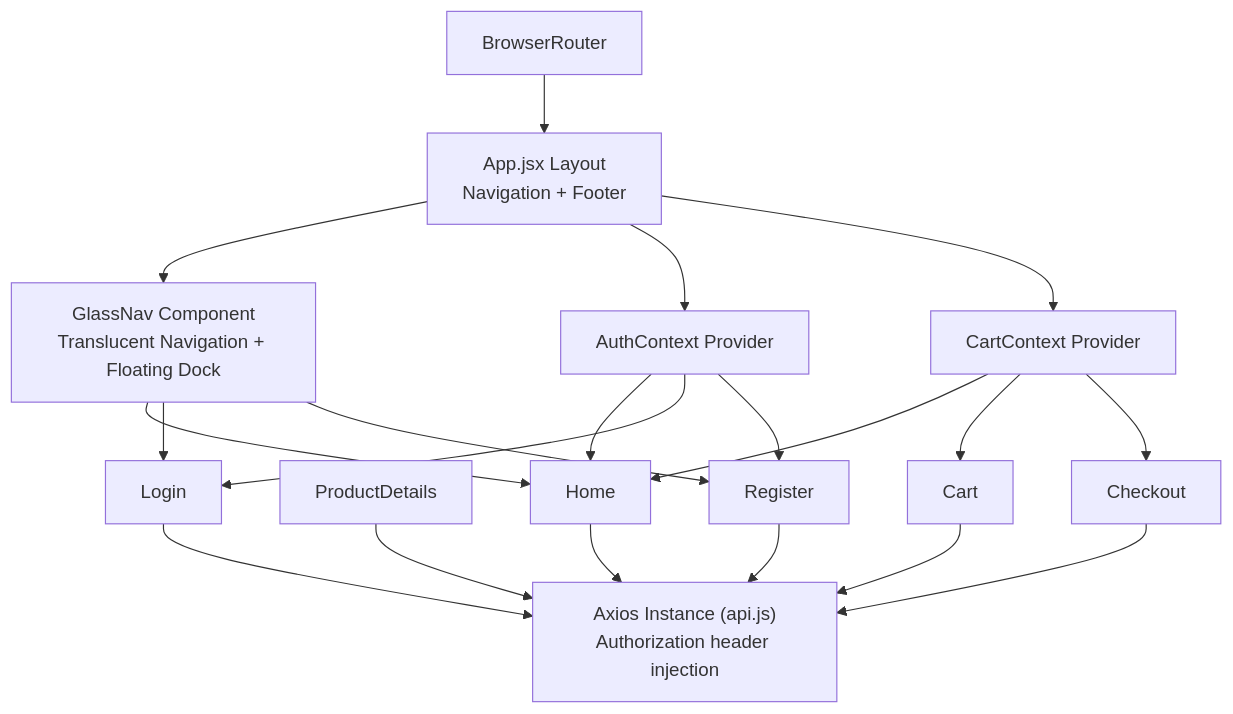
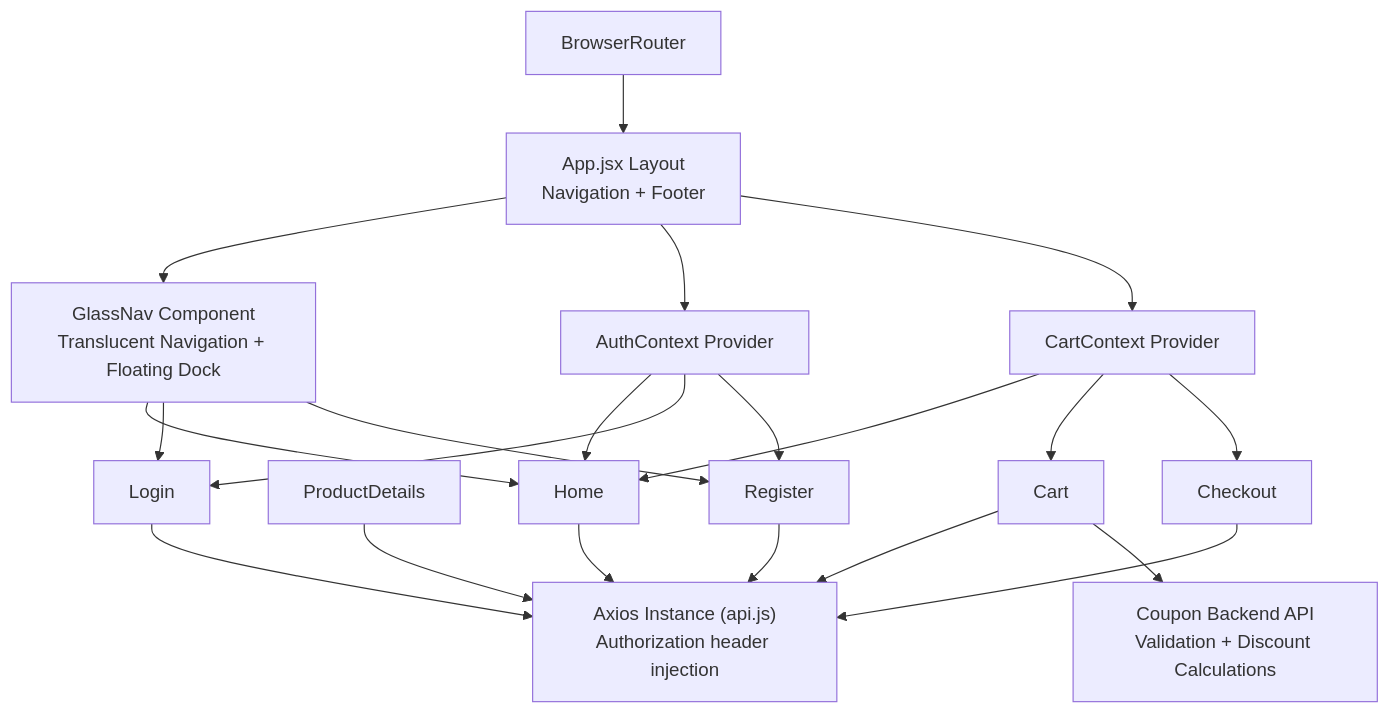
The second of 7 diagrams in .qoder/repowiki/en/content/Frontend Components & UI/Frontend Components & UI.md (Pavan-PSPK9032/TrendsandToss), drawn with Mermaid before and after one commit. The commit also changed other lines of this file and 16 other files, not shown here.

````diff
--- a/.qoder/repowiki/en/content/Frontend Components & UI/Frontend Components & UI.md
+++ b/.qoder/repowiki/en/content/Frontend Components & UI/Frontend Components & UI.md
@@ -150,34 +156,36 @@
 ```mermaid
 graph TB
 ROUTER["BrowserRouter"]
 GLASS_NAV["GlassNav Component<br/>Translucent Navigation + Floating Dock"]
 LAYOUT["App.jsx Layout<br/>Navigation + Footer"]
 AUTHCTX["AuthContext Provider"]
 CARTCTX["CartContext Provider"]
 HOME["Home"]
 PDETAILS["ProductDetails"]
 CART["Cart"]
 CHECKOUT["Checkout"]
 LOGIN["Login"]
 REGISTER["Register"]
 API["Axios Instance (api.js)<br/>Authorization header injection"]
+COUPON_BACKEND["Coupon Backend API<br/>Validation + Discount Calculations"]
 ROUTER --> LAYOUT
 LAYOUT --> GLASS_NAV
 LAYOUT --> AUTHCTX
 LAYOUT --> CARTCTX
 GLASS_NAV --> HOME
 GLASS_NAV --> LOGIN
 GLASS_NAV --> REGISTER
 AUTHCTX --> HOME
 AUTHCTX --> LOGIN
 AUTHCTX --> REGISTER
 CARTCTX --> HOME
 CARTCTX --> CART
 CARTCTX --> CHECKOUT
 HOME --> API
 PDETAILS --> API
 CART --> API
 CHECKOUT --> API
 LOGIN --> API
 REGISTER --> API
+CART --> COUPON_BACKEND
 ```
````
